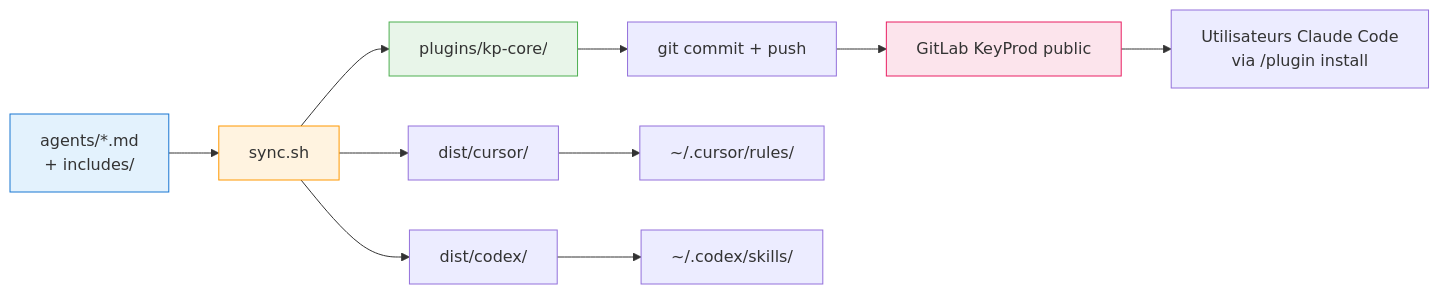
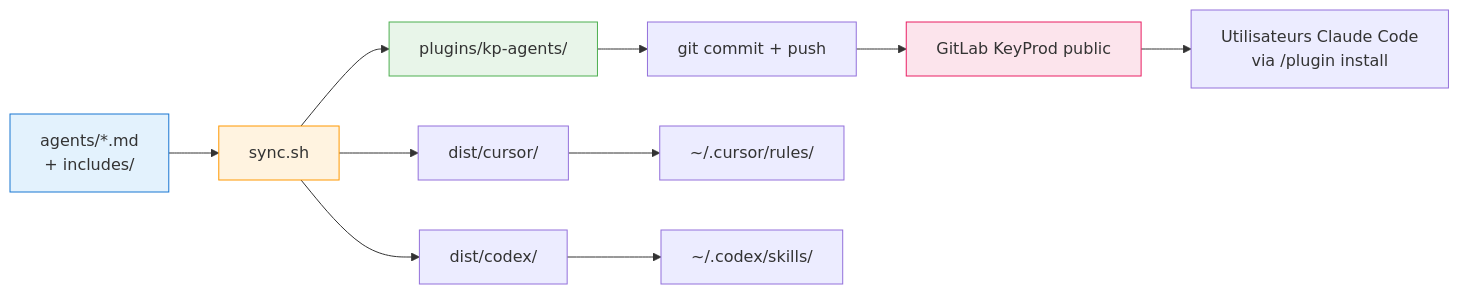
One commit to KeyProd/kp-agents changed the diagram in docs/architect.md. Above: the diagram before and after it, drawn with Mermaid. The commit also changed other lines of this file and 22 other files, not shown here.

First line of the commit message:
feat(S-0003): release kp-agents-v0.1.0 (rename kp-core -> kp-agents + bump)

````diff
--- a/docs/architect.md
+++ b/docs/architect.md
@@ -84,22 +84,22 @@
 ```mermaid
 flowchart LR
     SRC["agents/*.md<br/>+ includes/"]
     SYNC["sync.sh"]
     SRC --> SYNC
 
-    SYNC --> PLUGINS["plugins/kp-core/"]
+    SYNC --> PLUGINS["plugins/kp-agents/"]
     SYNC --> CURSOR["dist/cursor/"]
     SYNC --> CODEX["dist/codex/"]
 
     PLUGINS --> COMMIT["git commit + push"]
     CURSOR --> INSTALL_CURSOR["~/.cursor/rules/"]
     CODEX --> INSTALL_CODEX["~/.codex/skills/"]
 
     COMMIT --> GITLAB["GitLab KeyProd public"]
     GITLAB --> CLAUDE["Utilisateurs Claude Code<br/>via /plugin install"]
 
     style SRC fill:#e3f2fd,stroke:#1976D2
     style SYNC fill:#fff3e0,stroke:#FF9800
     style PLUGINS fill:#e8f5e9,stroke:#4CAF50
     style GITLAB fill:#fce4ec,stroke:#E91E63
 ```
````
